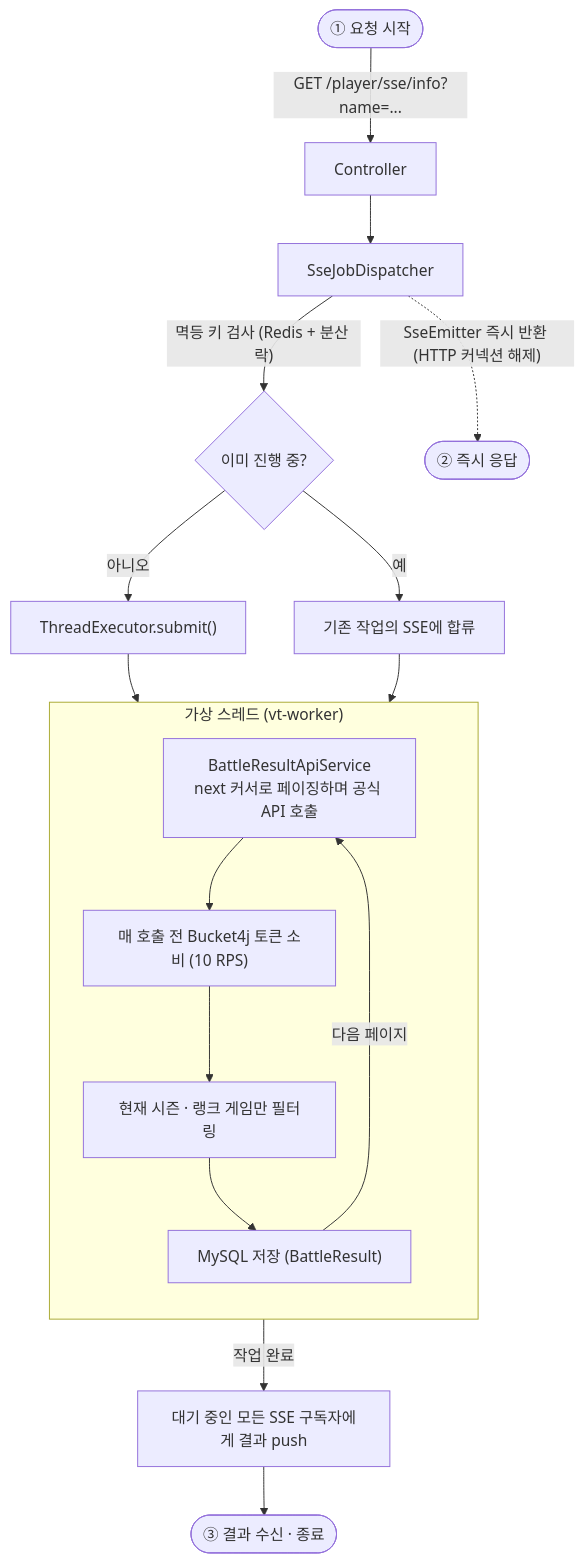
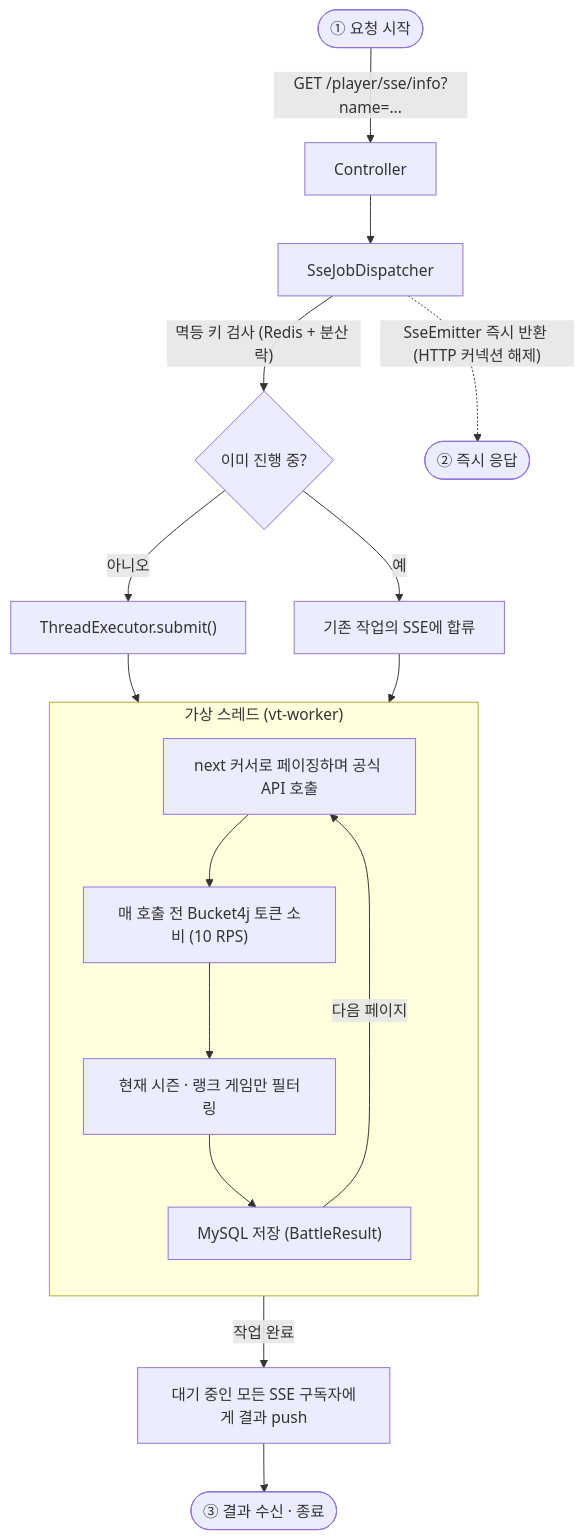
Before and after one commit to ghlee0303/dayogg: the first of 2 diagrams in README.md, drawn with Mermaid. The commit also changed other lines of this file, not shown here.

````diff
--- a/README.md
+++ b/README.md
@@ -37,25 +78,25 @@
 ```mermaid
 flowchart TD
     Start(["① 요청 시작"]) -->|"GET /player/sse/info?name=..."| Ctrl[Controller]
     Ctrl --> Disp[SseJobDispatcher]
 
     Disp -->|"멱등 키 검사 (Redis + 분산 락)"| Idem{이미 진행 중?}
     Idem -->|"예"| Join["기존 작업의 SSE에 합류"]
     Idem -->|"아니오"| Submit["ThreadExecutor.submit()"]
 
     Disp -.->|"SseEmitter 즉시 반환 (HTTP 커넥션 해제)"| Resp(["② 즉시 응답"])
 
     Submit --> VT
     Join --> VT
 
     subgraph VT["가상 스레드 (vt-worker)"]
         direction TB
-        Loop["BattleResultApiService<br/>next 커서로 페이징하며 공식 API 호출"] --> Bucket["매 호출 전 Bucket4j 토큰 소비 (10 RPS)"]
+        Loop["next 커서로 페이징하며 공식 API 호출"] --> Bucket["매 호출 전 Bucket4j 토큰 소비 (10 RPS)"]
         Bucket --> Filter["현재 시즌 · 랭크 게임만 필터링"]
         Filter --> Save["MySQL 저장 (BattleResult)"]
         Save -->|"다음 페이지"| Loop
     end
 
     Save -->|"작업 완료"| Push["대기 중인 모든 SSE 구독자에게 결과 push"]
     Push --> End(["③ 결과 수신 · 종료"])
 ```
````
